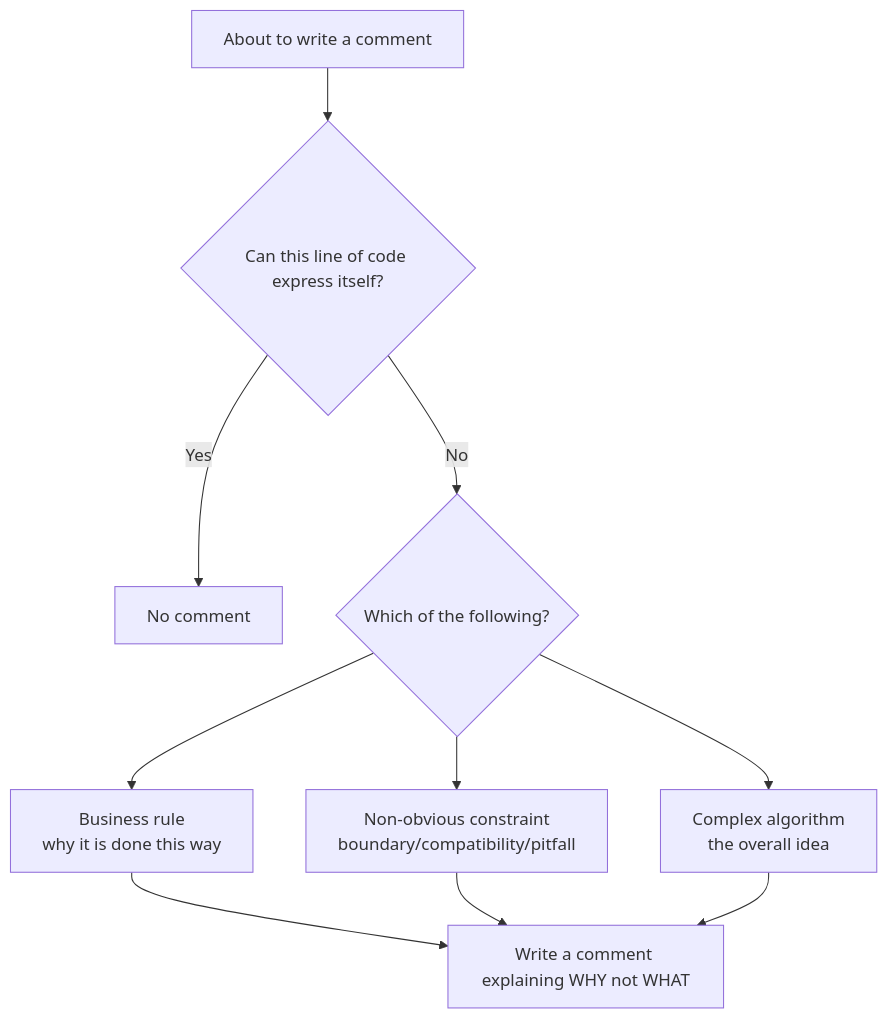
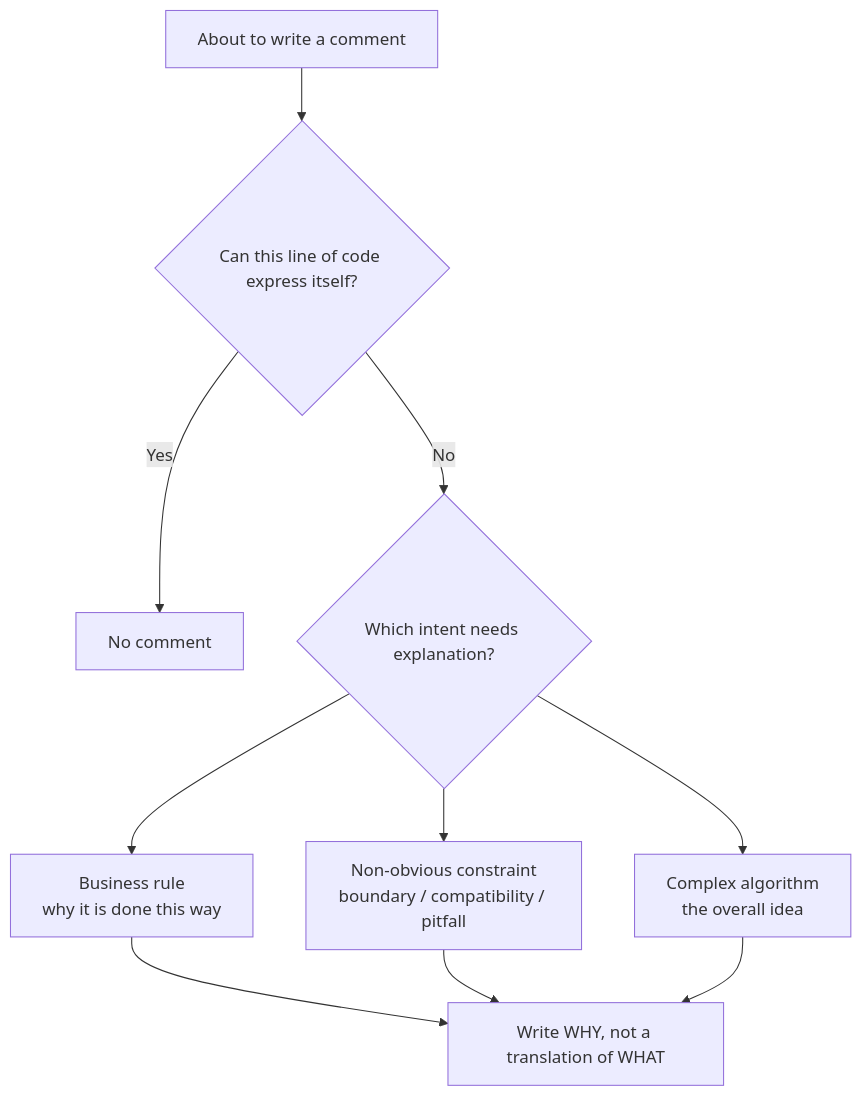
One commit to Alenkz12/FiboSkills changed the first of 2 diagrams in fibo-conventions/references/conventions/code.md. Above: the diagram before and after it, drawn with Mermaid. The commit also changed other lines of this file and 96 other files, not shown here.

````diff
--- a/fibo-conventions/references/conventions/code.md
+++ b/fibo-conventions/references/conventions/code.md
@@ -18,10 +41,10 @@
 ```mermaid
 flowchart TD
-  A[About to write a comment] --> B{Can this line of code express itself?}
-  B -->|Yes| C[No comment]
-  B -->|No| D{Which of the following?}
-  D --> E[Business rule<br/>why it is done this way]
-  D --> F[Non-obvious constraint<br/>boundary/compatibility/pitfall]
-  D --> G[Complex algorithm<br/>the overall idea]
-  E & F & G --> H[Write a comment explaining WHY not WHAT]
+  comment_candidate_001["About to write a comment"] --> self_explanatory_002{"Can this line of code express itself?"}
+  self_explanatory_002 -->|Yes| omit_comment_003["No comment"]
+  self_explanatory_002 -->|No| intent_type_004{"Which intent needs explanation?"}
+  intent_type_004 --> business_rule_005["Business rule<br/>why it is done this way"]
+  intent_type_004 --> hidden_constraint_006["Non-obvious constraint<br/>boundary / compatibility / pitfall"]
+  intent_type_004 --> complex_algorithm_007["Complex algorithm<br/>the overall idea"]
+  business_rule_005 & hidden_constraint_006 & complex_algorithm_007 --> why_comment_008["Write WHY, not a translation of WHAT"]
 ```
````
